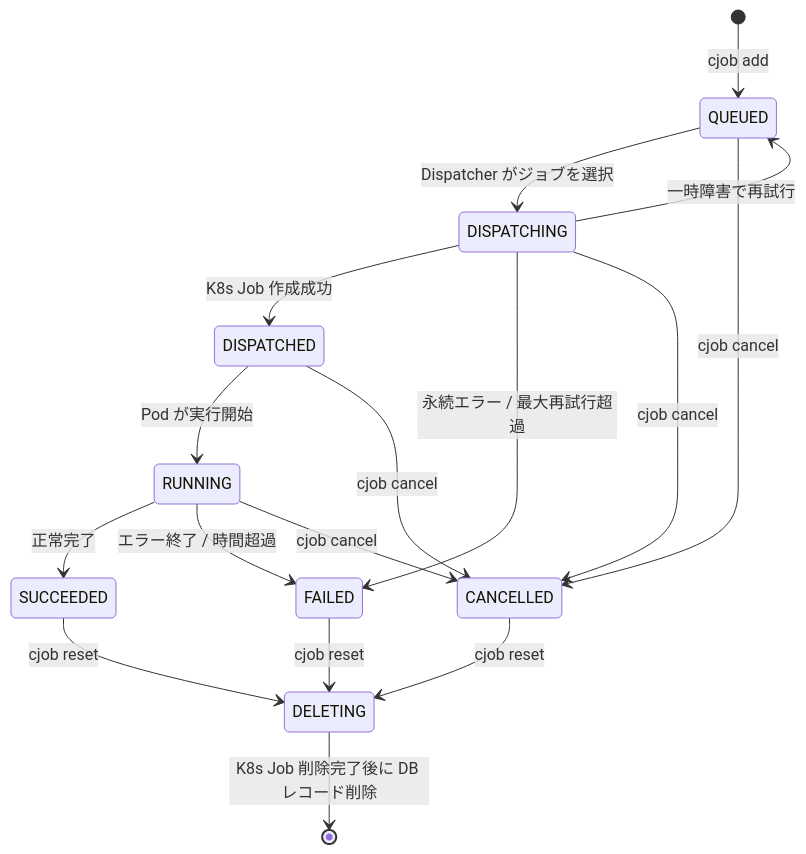
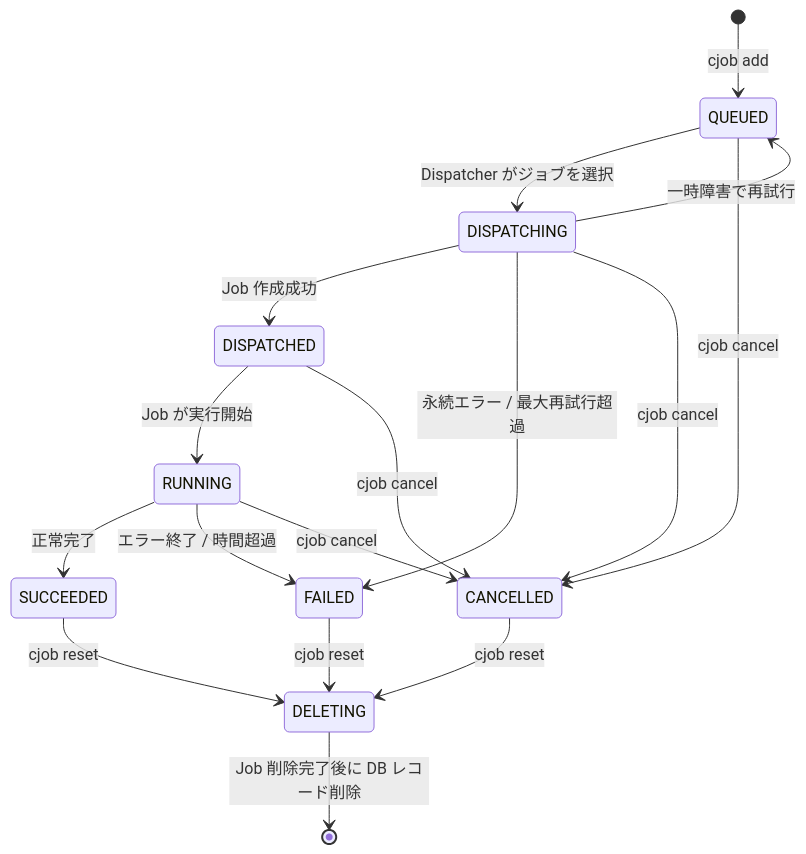
The diagram in README.md (Shu-Tanaka-Group/research-cluster-job-system), drawn with Mermaid before and after one commit. The commit also changed other lines of this file, not shown here.

````diff
--- a/README.md
+++ b/README.md
@@ -244,25 +244,25 @@
 ```mermaid
 stateDiagram-v2
     [*] --> QUEUED : cjob add
 
     QUEUED --> DISPATCHING : Dispatcher がジョブを選択
     QUEUED --> CANCELLED : cjob cancel
 
-    DISPATCHING --> DISPATCHED : K8s Job 作成成功
+    DISPATCHING --> DISPATCHED : Job 作成成功
     DISPATCHING --> QUEUED : 一時障害で再試行
     DISPATCHING --> FAILED : 永続エラー / 最大再試行超過
     DISPATCHING --> CANCELLED : cjob cancel
 
-    DISPATCHED --> RUNNING : Pod が実行開始
+    DISPATCHED --> RUNNING : Job が実行開始
     DISPATCHED --> CANCELLED : cjob cancel
 
     RUNNING --> SUCCEEDED : 正常完了
     RUNNING --> FAILED : エラー終了 / 時間超過
     RUNNING --> CANCELLED : cjob cancel
 
     SUCCEEDED --> DELETING : cjob reset
     FAILED --> DELETING : cjob reset
     CANCELLED --> DELETING : cjob reset
 
-    DELETING --> [*] : K8s Job 削除完了後に DB レコード削除
+    DELETING --> [*] : Job 削除完了後に DB レコード削除
 ```
````
